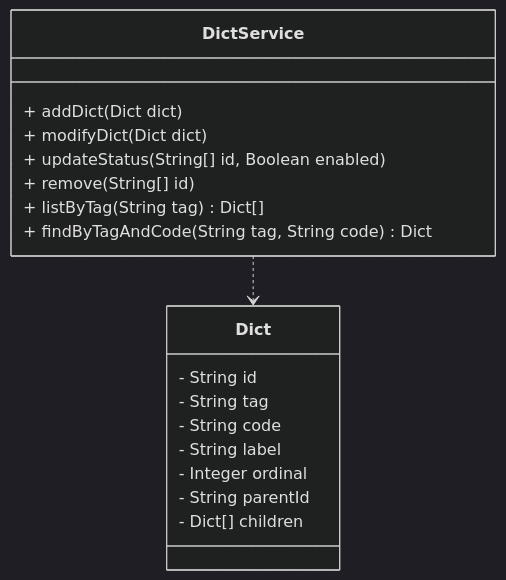
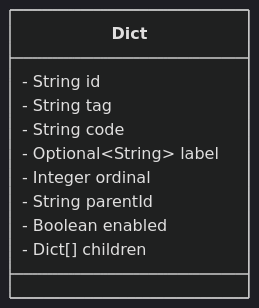
Before and after one commit to xezzon/zeroweb-spring: the second of 2 diagrams in geom-service/geom-service-admin/src/main/java/io/github/xezzon/geom/dict/README.md, drawn with Mermaid (dark theme). The commit also changed other lines of this file and 5 other files, not shown here.

````diff
--- a/geom-service/geom-service-admin/src/main/java/io/github/xezzon/geom/dict/README.md
+++ b/geom-service/geom-service-admin/src/main/java/io/github/xezzon/geom/dict/README.md
@@ -16,21 +21,13 @@
 ```mermaid
 classDiagram
   class Dict {
     - String id
     - String tag
     - String code
-    - String label
+    - Optional~String~ label
     - Integer ordinal
     - String parentId
+    - Boolean enabled
     - Dict[] children
   }
-  class DictService {
-    + addDict(Dict dict)
-    + modifyDict(Dict dict)
-    + updateStatus(String[] id, Boolean enabled)
-    + remove(String[] id)
-    + listByTag(String tag) Dict[]
-    + findByTagAndCode(String tag, String code) Dict
-  }
-  DictService ..> Dict
 ```
````
